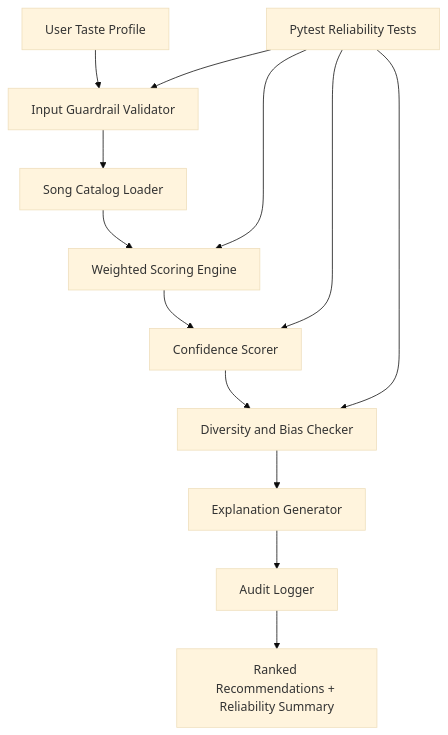
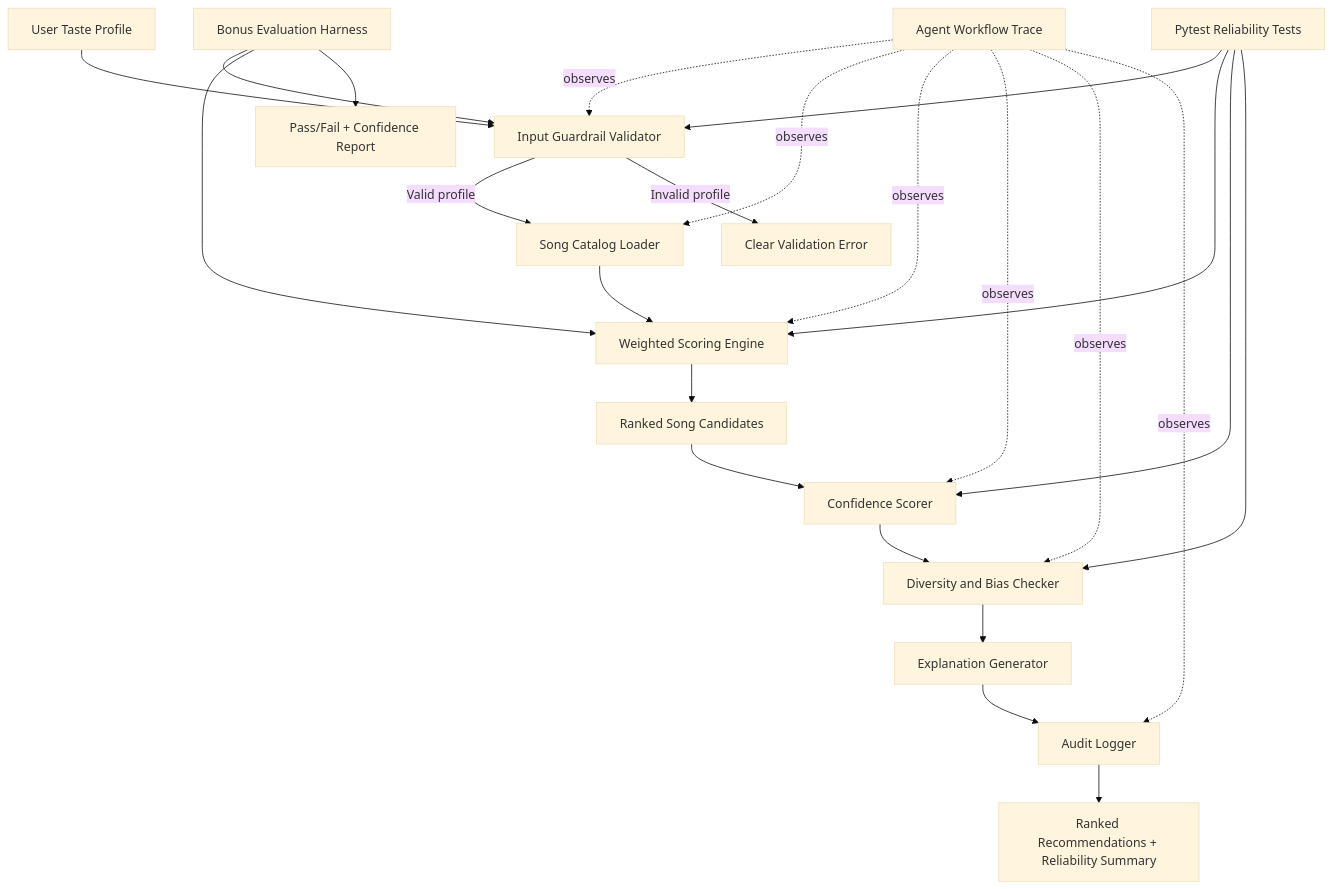
Before and after one commit to SingLZ/applied-ai-system-project: the diagram in README.md, drawn with Mermaid (base theme). The commit also changed other lines of this file and 5 other files, not shown here.

````diff
--- a/README.md
+++ b/README.md
@@ -30,16 +30,29 @@
 ```mermaid
 flowchart TD
     A[User Taste Profile] --> B[Input Guardrail Validator]
-    B --> C[Song Catalog Loader]
+    B -->|Valid profile| C[Song Catalog Loader]
+    B -->|Invalid profile| X[Clear Validation Error]
     C --> D[Weighted Scoring Engine]
-    D --> E[Confidence Scorer]
-    E --> F[Diversity and Bias Checker]
-    F --> G[Explanation Generator]
-    G --> H[Audit Logger]
-    H --> I[Ranked Recommendations + Reliability Summary]
+    D --> E[Ranked Song Candidates]
+    E --> F[Confidence Scorer]
+    F --> G[Diversity and Bias Checker]
+    G --> H[Explanation Generator]
+    H --> I[Audit Logger]
+    I --> J[Ranked Recommendations + Reliability Summary]
 
-    J[Pytest Reliability Tests] --> B
-    J --> D
-    J --> E
-    J --> F
+    T[Agent Workflow Trace] -. observes .-> B
+    T -. observes .-> C
+    T -. observes .-> D
+    T -. observes .-> F
+    T -. observes .-> G
+    T -. observes .-> I
+
+    K[Pytest Reliability Tests] --> B
+    K --> D
+    K --> F
+    K --> G
+
+    L[Bonus Evaluation Harness] --> B
+    L --> D
+    L --> M[Pass/Fail + Confidence Report]
 ```
````
